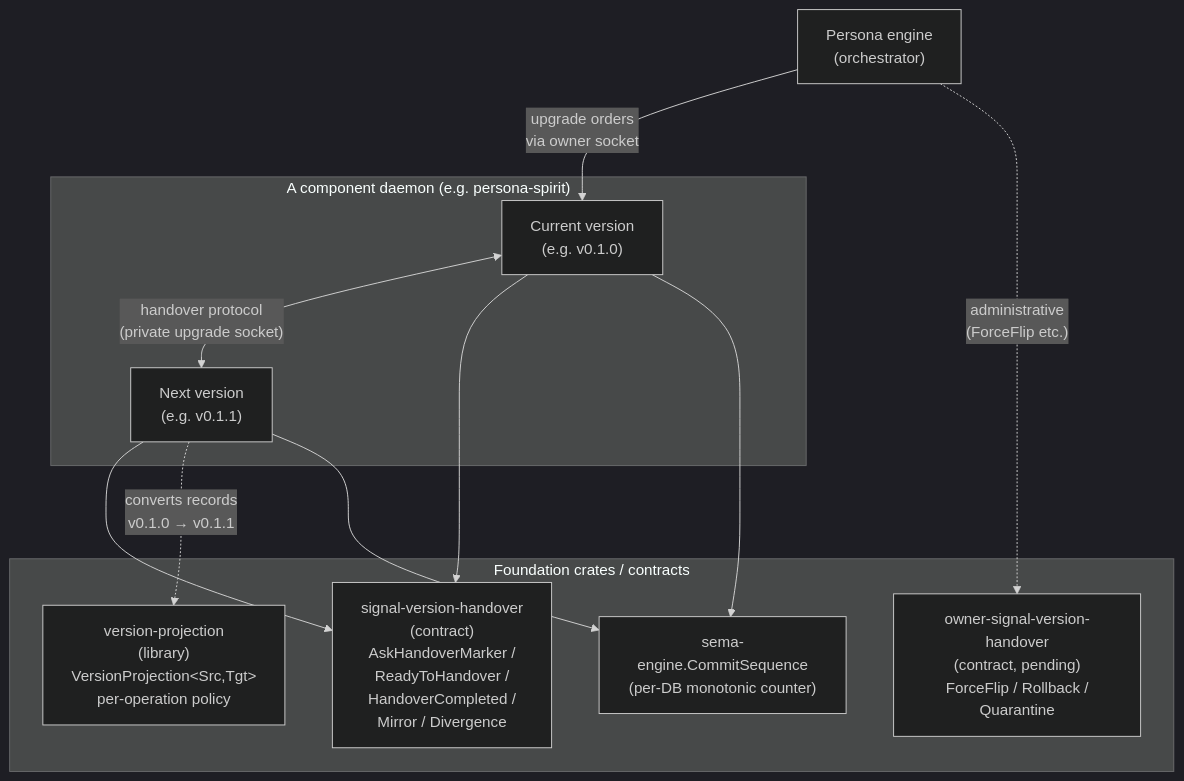
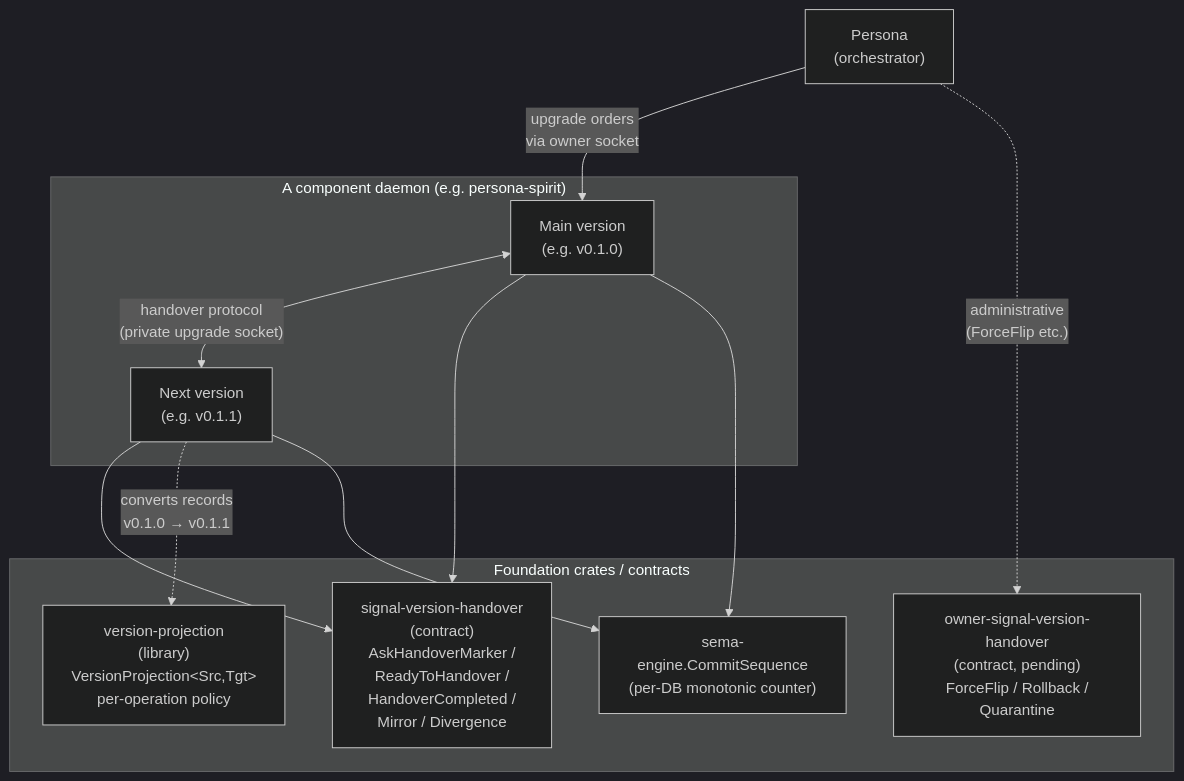
Before and after one commit to LiGoldragon/primary: the first of 3 diagrams in reports/designer/287-version-handover-component-explained.md, drawn with Mermaid (dark theme). The commit also changed other lines of this file and 12 other files, not shown here.

````diff
--- a/reports/designer/287-version-handover-component-explained.md
+++ b/reports/designer/287-version-handover-component-explained.md
@@ -24,25 +24,25 @@
 ```mermaid
 flowchart TB
     subgraph Foundation["Foundation crates / contracts"]
         VP["version-projection<br/>(library)<br/>VersionProjection&lt;Src,Tgt&gt;<br/>per-operation policy"]
         SVH["signal-version-handover<br/>(contract)<br/>AskHandoverMarker /<br/>ReadyToHandover /<br/>HandoverCompleted /<br/>Mirror / Divergence"]
         OSVH["owner-signal-version-handover<br/>(contract, pending)<br/>ForceFlip / Rollback /<br/>Quarantine"]
         CS["sema-engine.CommitSequence<br/>(per-DB monotonic counter)"]
     end
 
     subgraph Component["A component daemon (e.g. persona-spirit)"]
-        DC["Current version<br/>(e.g. v0.1.0)"]
+        DC["Main version<br/>(e.g. v0.1.0)"]
         DN["Next version<br/>(e.g. v0.1.1)"]
     end
 
-    PE["Persona engine<br/>(orchestrator)"]
+    PE["Persona<br/>(orchestrator)"]
 
     PE -->|"upgrade orders<br/>via owner socket"| DC
     PE -.->|"administrative<br/>(ForceFlip etc.)"| OSVH
     DC <-->|"handover protocol<br/>(private upgrade socket)"| DN
     DC --> SVH
     DN --> SVH
     DN -.->|"converts records<br/>v0.1.0 → v0.1.1"| VP
     DC --> CS
     DN --> CS
 ```
````
